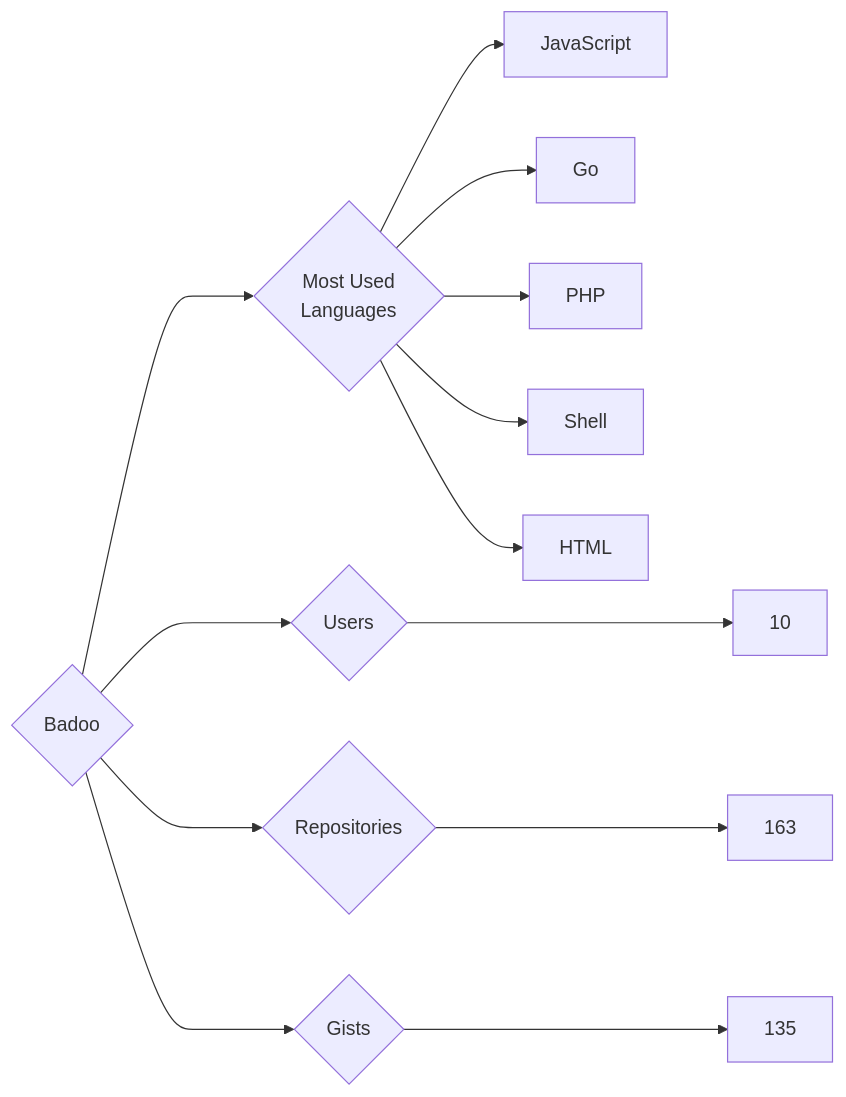
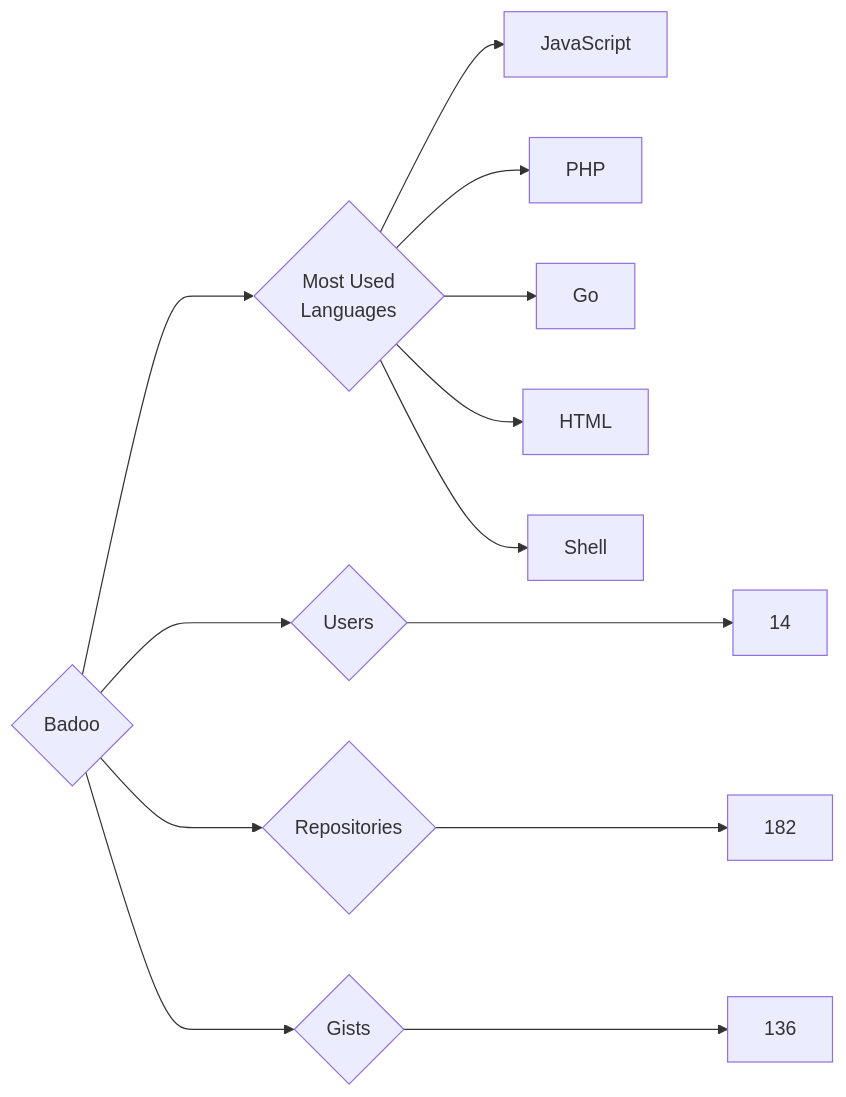
Before and after one commit to trickest/insiders: the diagram in targets/Badoo/README.md, drawn with Mermaid. The commit also changed 873 other files, not shown here.

````diff
--- a/targets/Badoo/README.md
+++ b/targets/Badoo/README.md
@@ -3,13 +3,13 @@
 ```mermaid
 graph LR
 COMPANY_NAME{Badoo}
-COMPANY_NAME ---> U{Users} ---> UN[10]
-COMPANY_NAME ---> R{Repositories} ---> RN[163]
-COMPANY_NAME ---> G{Gists} ---> GN[135]
+COMPANY_NAME ---> U{Users} ---> UN[14]
+COMPANY_NAME ---> R{Repositories} ---> RN[182]
+COMPANY_NAME ---> G{Gists} ---> GN[136]
 COMPANY_NAME ---> ML{Most Used<br>Languages}
 ML --> JavaScript[JavaScript]
+ML --> PHP[PHP]
 ML --> Go[Go]
-ML --> PHP[PHP]
+ML --> HTML[HTML]
 ML --> Shell[Shell]
-ML --> HTML[HTML]
 ```
````
